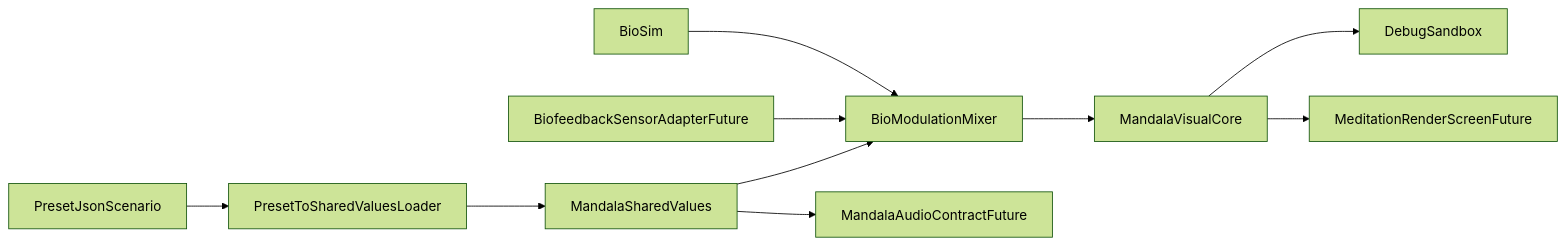
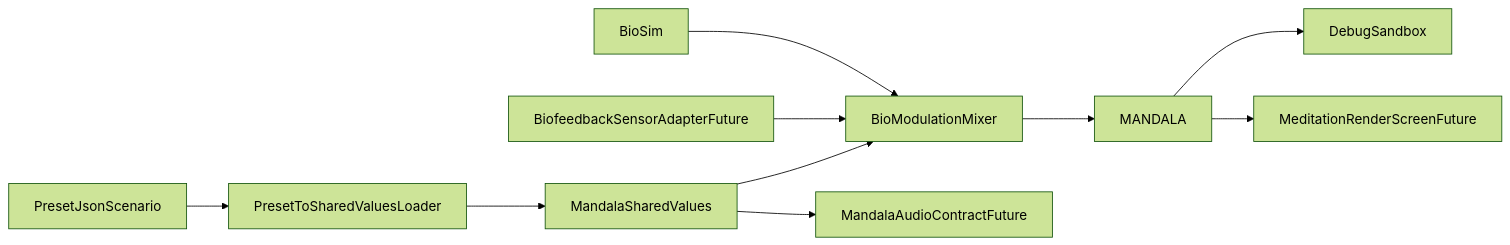
One commit to szamkovoy/HARMONIZER changed the diagram in docs/meditation_video_generator_spec.md. Above: the diagram before and after it, drawn with Mermaid (forest theme). The commit also changed other lines of this file and 33 other files, not shown here.

````diff
--- a/docs/meditation_video_generator_spec.md
+++ b/docs/meditation_video_generator_spec.md
@@ -27,14 +27,14 @@
 ```mermaid
 flowchart LR
     PresetJson[PresetJsonScenario] --> SessionLoader[PresetToSharedValuesLoader]
     SessionLoader --> SharedValues[MandalaSharedValues]
     BioSim[BioSim]
     BioSensor[BiofeedbackSensorAdapterFuture]
     BioSim --> BioMixer[BioModulationMixer]
     BioSensor --> BioMixer
     SharedValues --> BioMixer
-    BioMixer --> VisualCore[MandalaVisualCore]
+    BioMixer --> VisualCore[MANDALA]
     VisualCore --> Sandbox[DebugSandbox]
     VisualCore --> MeditationScreen[MeditationRenderScreenFuture]
     SharedValues --> AudioContract[MandalaAudioContractFuture]
 ```
````
